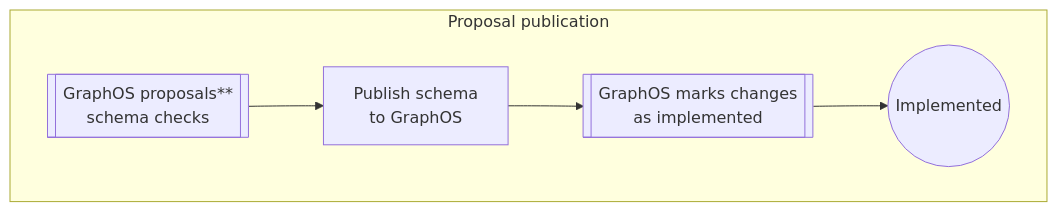
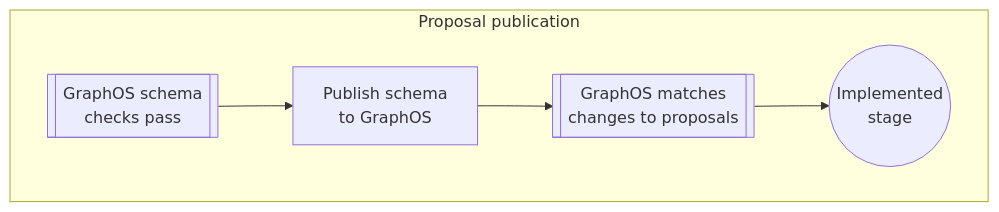
Before and after one commit to apollographql/docs: the fourth of 5 diagrams in src/content/graphos/delivery/schema-proposals.mdx, drawn with Mermaid. The commit also changed other lines of this file and 5 other files, not shown here.

Commit message:
Use "stage" vs. "status"

````diff
--- a/src/content/graphos/delivery/schema-proposals.mdx
+++ b/src/content/graphos/delivery/schema-proposals.mdx
@@ -92,12 +100,14 @@
 ```mermaid
 graph LR
     subgraph Implemented ["Proposal publication"]
     direction LR
-    Checks[["GraphOS proposals** <br/> schema checks"]]
+    Checks[["GraphOS schema <br/> checks pass"]]
     Publish["Publish schema <br/> to GraphOS"]
-    Monitor[["GraphOS marks changes <br/> as implemented"]]
-    ImplementedStatus((Implemented))
-    Checks --> Publish --> Monitor --> ImplementedStatus
+    Monitor[["GraphOS matches <br/> changes to proposals"]]
+    ImplementedStage((Implemented <br/> stage))
+    Checks --> Publish --> Monitor --> ImplementedStage
     end
-    class ImplementedStatus secondary;
+    class ImplementedStage secondary;
+    class ImplementedStage CircleSize50;
+    class Checks,Monitor tertiary;
 ```
````
